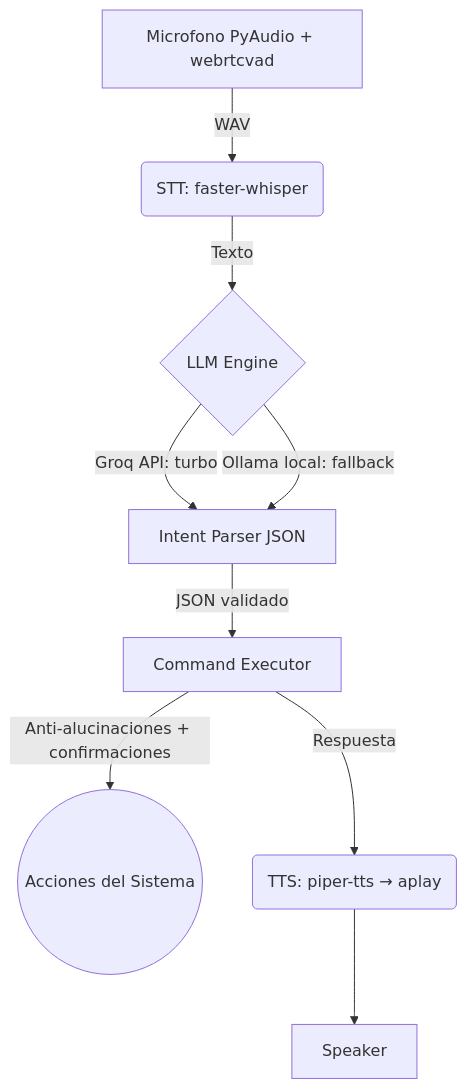
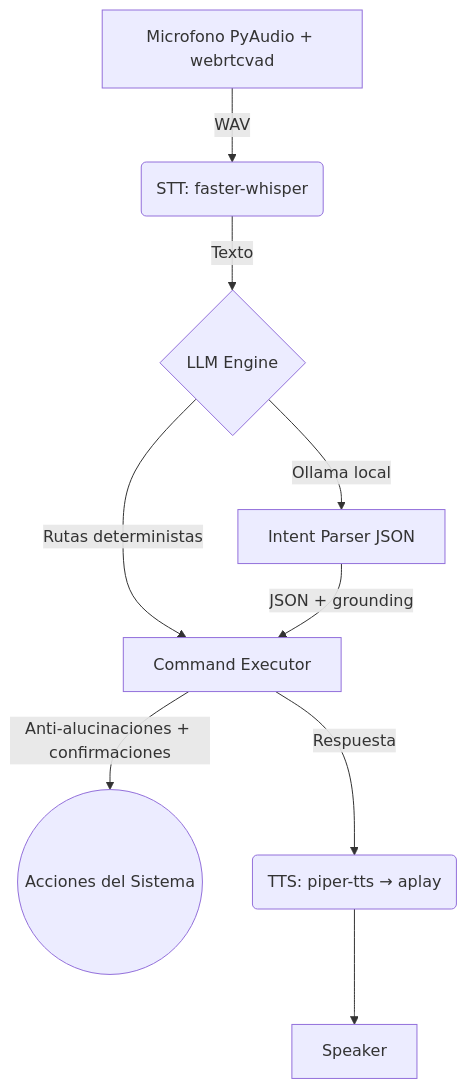
Before and after one commit to warcit0/Limits-Linux-Assistant: the diagram in README.md, drawn with Mermaid. The commit also changed other lines of this file and 24 other files, not shown here.

First line of the commit message:
feat: grounding del router y router 100 % local (P1)

````diff
--- a/README.md
+++ b/README.md
@@ -31,11 +32,11 @@
 ```mermaid
 graph TD
     A[Microfono PyAudio + webrtcvad] -->|WAV| B(STT: faster-whisper)
     B -->|Texto| C{LLM Engine}
-    C -->|Groq API: turbo| D[Intent Parser JSON]
-    C -->|Ollama local: fallback| D
-    D -->|JSON validado| E[Command Executor]
+    C -->|Ollama local| D[Intent Parser JSON]
+    C -->|Rutas deterministas| E
+    D -->|JSON + grounding| E[Command Executor]
     E -->|Anti-alucinaciones + confirmaciones| F((Acciones del Sistema))
     E -->|Respuesta| G(TTS: piper-tts → aplay)
     G --> H[Speaker]
 ```
````
